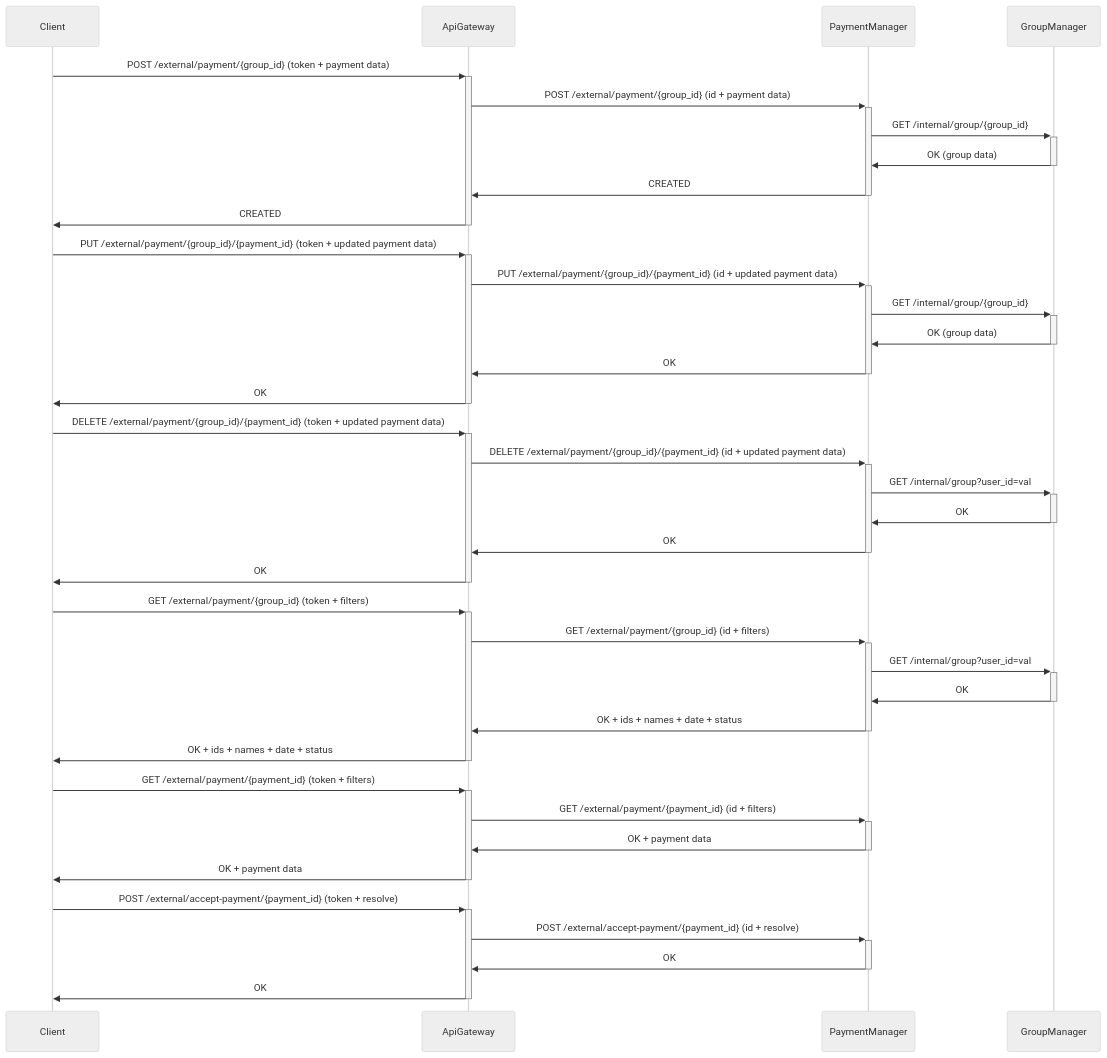
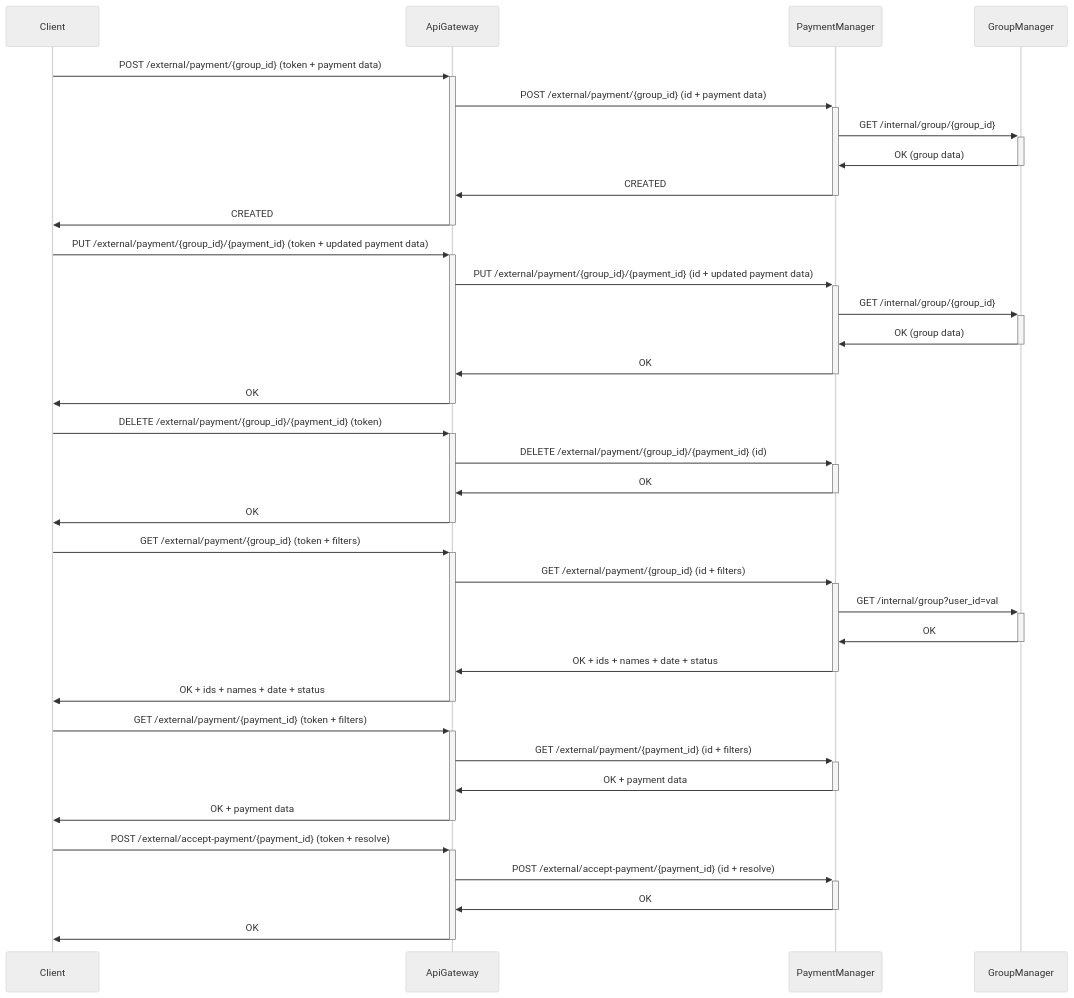
Before and after one commit to Group-Expense-Manager/gem-docs: the sixth of 10 diagrams in docs/diagrams.md, drawn with Mermaid (neutral theme). The commit also changed other lines of this file and 1 other file, not shown here.

Commit message:
small changes

````diff
--- a/docs/diagrams.md
+++ b/docs/diagrams.md
@@ -208,42 +208,40 @@
 ``` mermaid
 sequenceDiagram
 
 Client->>+ApiGateway: POST /external/payment/{group_id} (token + payment data)
 ApiGateway->>+PaymentManager: POST /external/payment/{group_id} (id + payment data)
 PaymentManager->>+GroupManager: GET /internal/group/{group_id}
 GroupManager->>-PaymentManager: OK (group data)
 PaymentManager->>-ApiGateway: CREATED
 ApiGateway->>-Client: CREATED
 
 Client->>+ApiGateway: PUT /external/payment/{group_id}/{payment_id} (token + updated payment data)
 ApiGateway->>+PaymentManager: PUT /external/payment/{group_id}/{payment_id} (id + updated payment data)
 PaymentManager->>+GroupManager: GET /internal/group/{group_id}
 GroupManager->>-PaymentManager: OK (group data)
 PaymentManager->>-ApiGateway: OK
 ApiGateway->>-Client: OK
 
-Client->>+ApiGateway: DELETE /external/payment/{group_id}/{payment_id} (token + updated payment data)
-ApiGateway->>+PaymentManager: DELETE /external/payment/{group_id}/{payment_id} (id + updated payment data)
-PaymentManager->>+GroupManager: GET /internal/group?user_id=val
-GroupManager->>-PaymentManager: OK
+Client->>+ApiGateway: DELETE /external/payment/{group_id}/{payment_id} (token)
+ApiGateway->>+PaymentManager: DELETE /external/payment/{group_id}/{payment_id} (id)
 PaymentManager->>-ApiGateway: OK
 ApiGateway->>-Client: OK
 
 Client->>+ApiGateway: GET /external/payment/{group_id} (token + filters)
 ApiGateway->>+PaymentManager: GET /external/payment/{group_id} (id + filters)
 PaymentManager->>+GroupManager: GET /internal/group?user_id=val
 GroupManager->>-PaymentManager: OK
 PaymentManager->>-ApiGateway: OK + ids + names + date + status
 ApiGateway->>-Client: OK + ids + names + date + status
 
 
 Client->>+ApiGateway: GET /external/payment/{payment_id} (token + filters)
 ApiGateway->>+PaymentManager: GET /external/payment/{payment_id} (id + filters)
 PaymentManager->>-ApiGateway: OK + payment data
 ApiGateway->>-Client: OK + payment data
 
 Client->>+ApiGateway: POST /external/accept-payment/{payment_id} (token + resolve)
 ApiGateway->>+PaymentManager: POST /external/accept-payment/{payment_id} (id + resolve)
 PaymentManager->>-ApiGateway: OK
 ApiGateway->>-Client: OK
 ```
````
